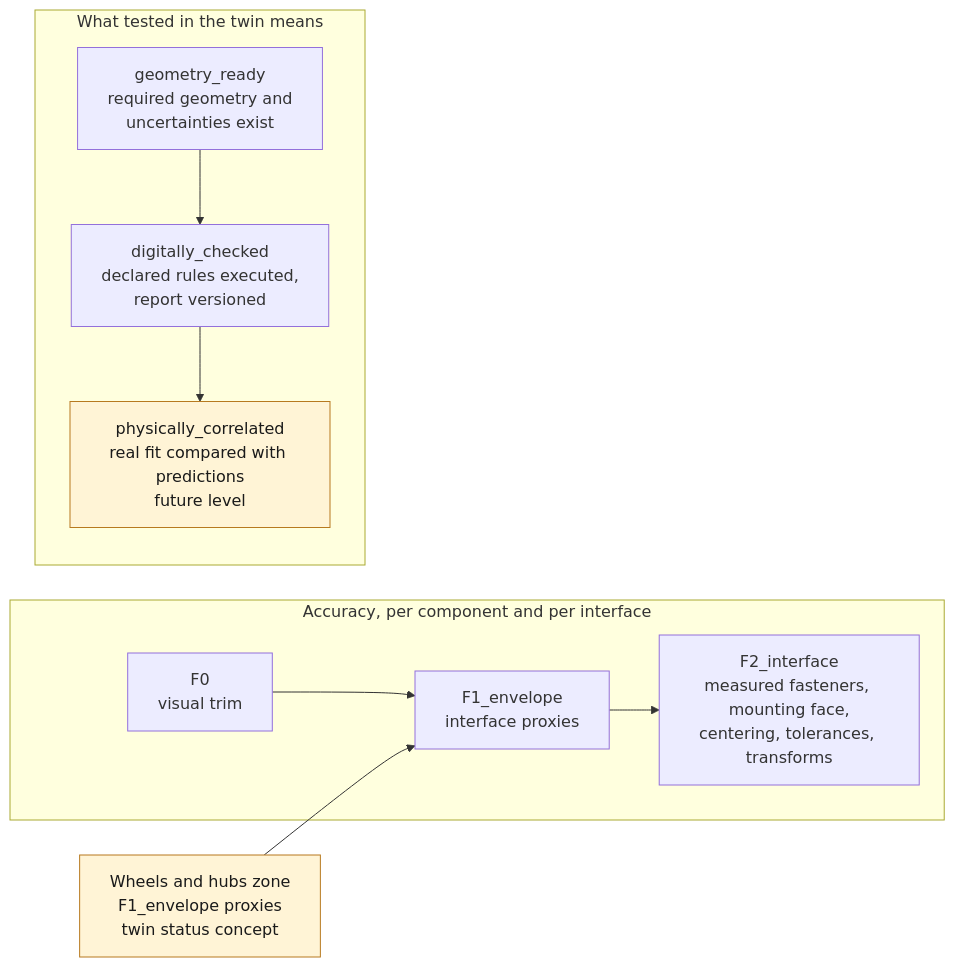
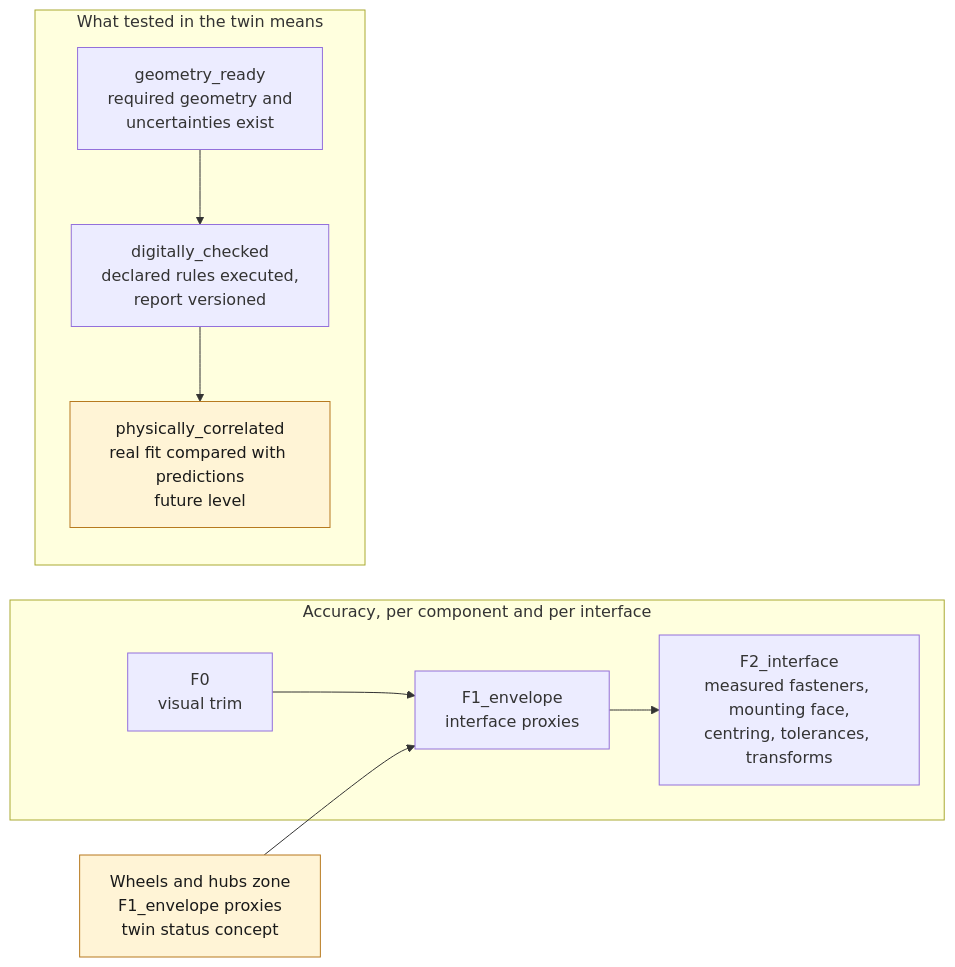
One commit to cluster2600/porscheparts changed the diagram in docs/DIGITAL_TWIN.md. Above: the diagram before and after it, drawn with Mermaid. The commit also changed other lines of this file and 480 other files, not shown here.

````diff
--- a/docs/DIGITAL_TWIN.md
+++ b/docs/DIGITAL_TWIN.md
@@ -19,13 +19,13 @@
 ```mermaid
 flowchart LR
     subgraph acc["Accuracy, per component and per interface"]
-        F0["F0<br/>visual trim"] --> F1["F1_envelope<br/>interface proxies"] --> F2["F2_interface<br/>measured fasteners, mounting face,<br/>centering, tolerances, transforms"]
+        F0["F0<br/>visual trim"] --> F1["F1_envelope<br/>interface proxies"] --> F2["F2_interface<br/>measured fasteners, mounting face,<br/>centring, tolerances, transforms"]
     end
     subgraph tst["What tested in the twin means"]
         GR["geometry_ready<br/>required geometry and<br/>uncertainties exist"] --> DC["digitally_checked<br/>declared rules executed,<br/>report versioned"] --> PC["physically_correlated<br/>real fit compared with predictions<br/>future level"]:::open
     end
     W["Wheels and hubs zone<br/>F1_envelope proxies<br/>twin status concept"]:::open --> F1
     classDef stop fill:#fde2e1,stroke:#c0392b,color:#1a1a1a;
     classDef ok fill:#e3f1e6,stroke:#2e7d32,color:#1a1a1a;
     classDef open fill:#fff4d6,stroke:#b7791f,color:#1a1a1a;
 ```
````
